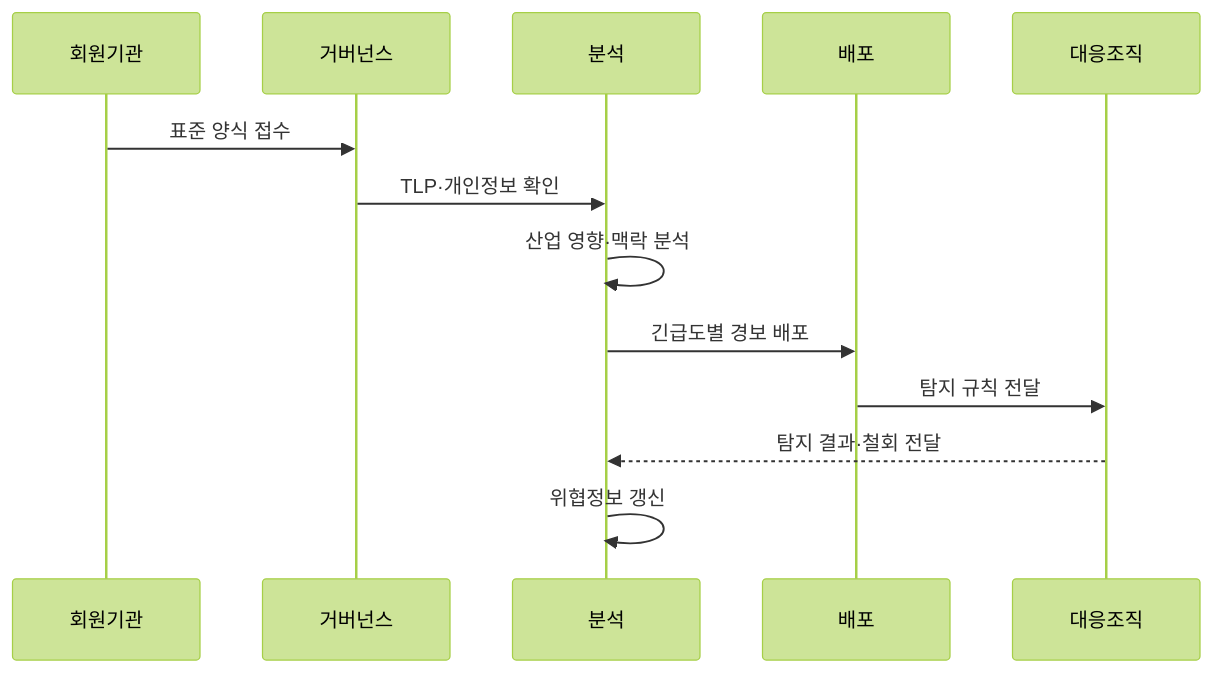
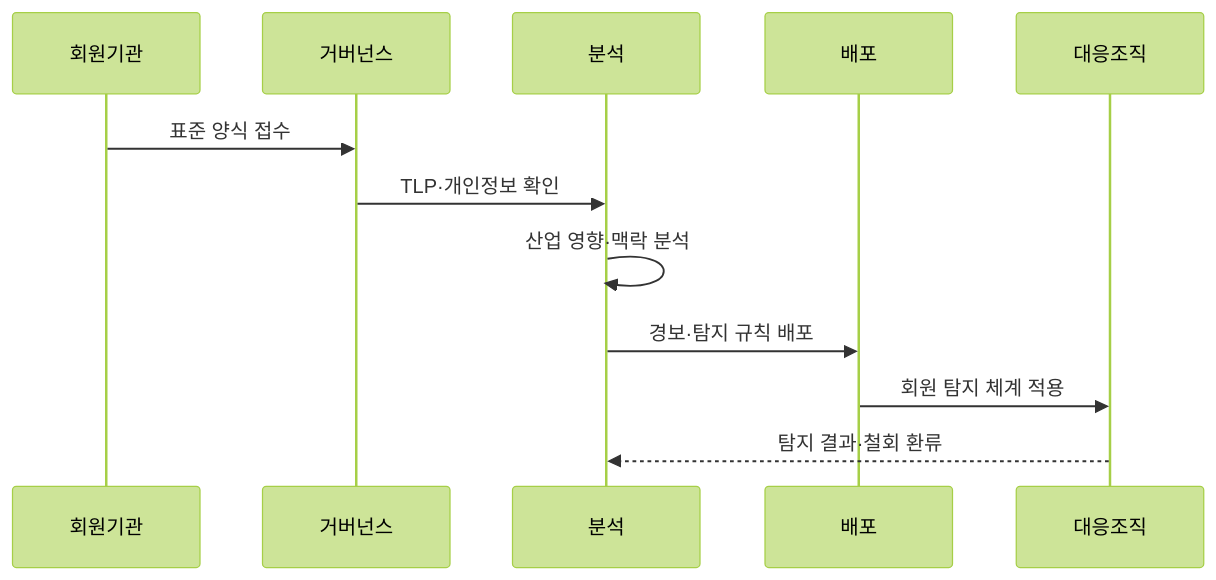
One commit to agnusdei1207/knowledge-base changed the second of 2 diagrams in src/content/docs/notes/05-security/143_isac.md. Above: the diagram before and after it, drawn with Mermaid (forest theme). The commit also changed other lines of this file and 10 other files, not shown here.

````diff
--- a/src/content/docs/notes/05-security/143_isac.md
+++ b/src/content/docs/notes/05-security/143_isac.md
@@ -92,15 +92,14 @@
 ```mermaid
 sequenceDiagram
     participant M as 회원기관
     participant G as 거버넌스
     participant A as 분석
     participant D as 배포
     participant R as 대응조직
     M->>G: 표준 양식 접수
     G->>A: TLP·개인정보 확인
     A->>A: 산업 영향·맥락 분석
-    A->>D: 긴급도별 경보 배포
-    D->>R: 탐지 규칙 전달
-    R-->>A: 탐지 결과·철회 전달
-    A->>A: 위협정보 갱신
+    A->>D: 경보·탐지 규칙 배포
+    D->>R: 회원 탐지 체계 적용
+    R-->>A: 탐지 결과·철회 환류
 ```
````
